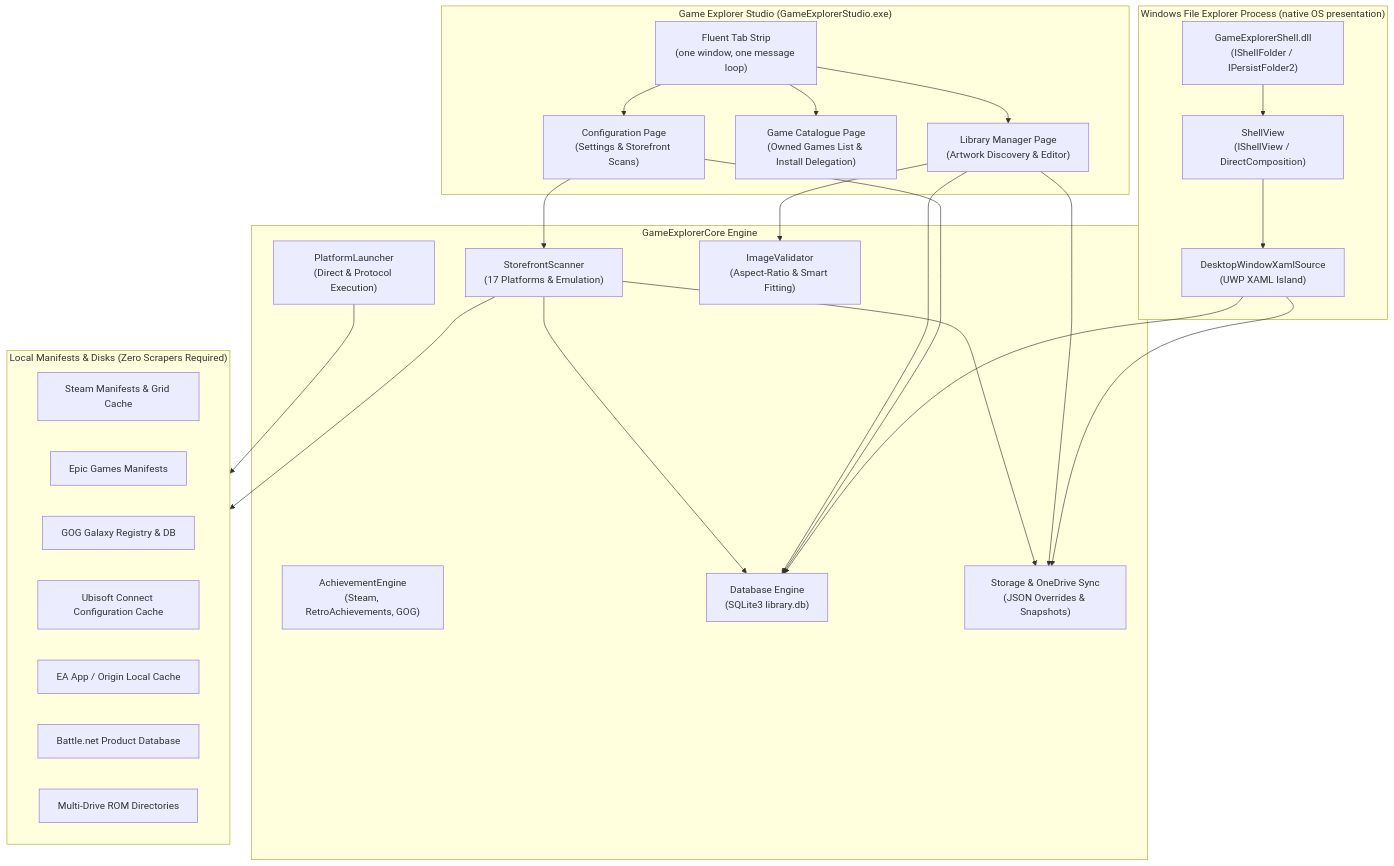
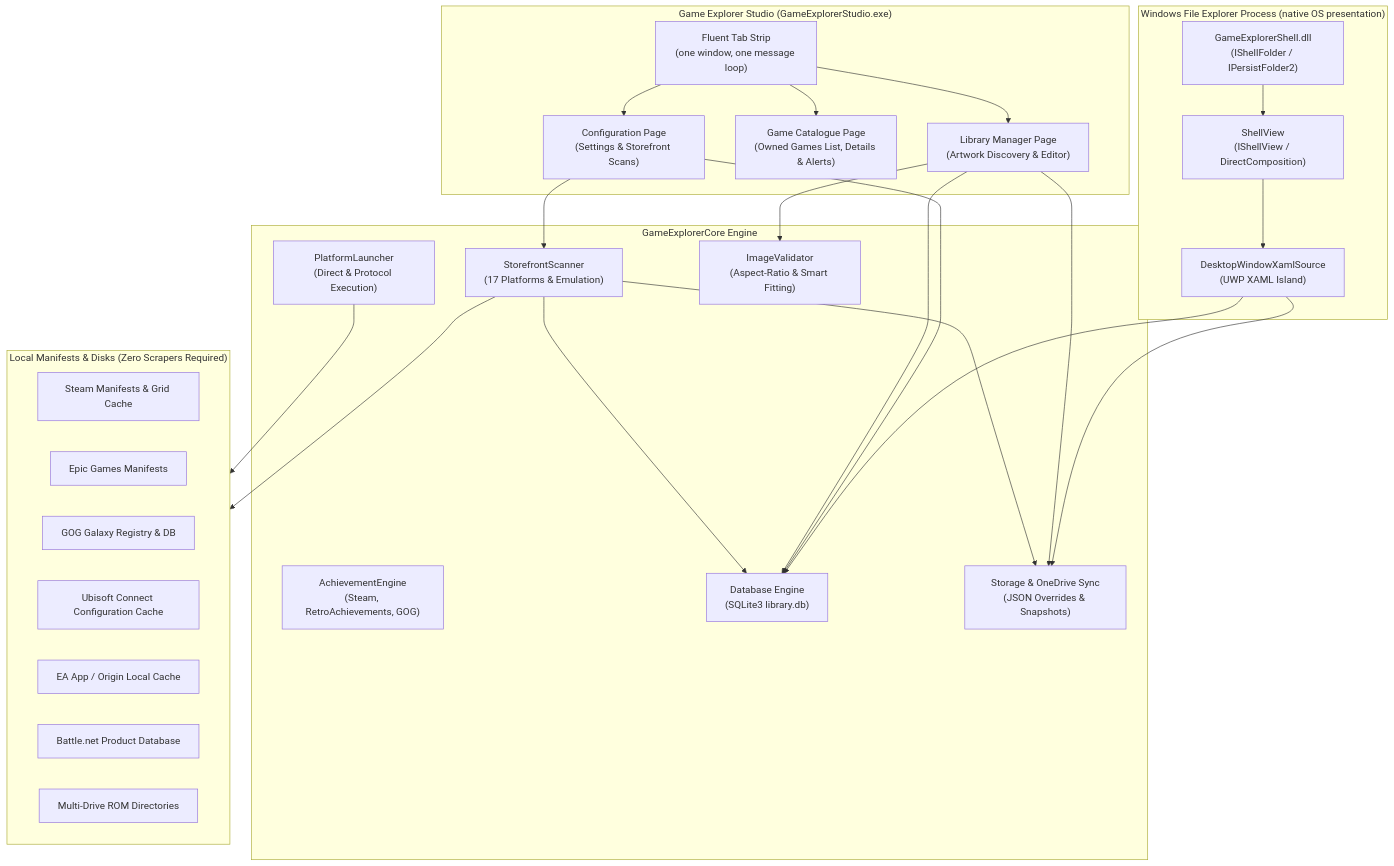
The diagram in docs/overview.md (HELIX-Origin/windows-game-explorer), drawn with Mermaid before and after one commit. The commit also changed other lines of this file and 61 other files, not shown here.

First line of the commit message:
release(windows-game-explorer): v2.7.0 — in-view flyout, details pane, update checker & scroll fixes

````diff
--- a/docs/overview.md
+++ b/docs/overview.md
@@ -21,52 +21,52 @@
 ```mermaid
 flowchart TD
     subgraph ExplorerHost["Windows File Explorer Process (native OS presentation)"]
         ShellFolder["GameExplorerShell.dll<br/>(IShellFolder / IPersistFolder2)"]
         ShellView["ShellView<br/>(IShellView / DirectComposition)"]
         XamlIsland["DesktopWindowXamlSource<br/>(UWP XAML Island)"]
         ShellFolder --> ShellView
         ShellView --> XamlIsland
     end
 
     subgraph CompanionApps["Game Explorer Studio (GameExplorerStudio.exe)"]
         TabStrip["Fluent Tab Strip<br/>(one window, one message loop)"]
         ManagerApp["Library Manager Page<br/>(Artwork Discovery & Editor)"]
-        CatalogueApp["Game Catalogue Page<br/>(Owned Games List & Install Delegation)"]
+        CatalogueApp["Game Catalogue Page<br/>(Owned Games List, Details & Alerts)"]
         ConfigApp["Configuration Page<br/>(Settings & Storefront Scans)"]
         TabStrip --> ManagerApp
         TabStrip --> CatalogueApp
         TabStrip --> ConfigApp
     end
 
     subgraph CoreEngine["GameExplorerCore Engine"]
         Scanner["StorefrontScanner<br/>(17 Platforms & Emulation)"]
         AchieveEngine["AchievementEngine<br/>(Steam, RetroAchievements, GOG)"]
         Launcher["PlatformLauncher<br/>(Direct & Protocol Execution)"]
         Validator["ImageValidator<br/>(Aspect-Ratio & Smart Fitting)"]
         DB["Database Engine<br/>(SQLite3 library.db)"]
         StorageEngine["Storage & OneDrive Sync<br/>(JSON Overrides & Snapshots)"]
     end
 
     subgraph LocalStores["Local Manifests & Disks (Zero Scrapers Required)"]
         SteamStore["Steam Manifests & Grid Cache"]
         EpicStore["Epic Games Manifests"]
         GOGStore["GOG Galaxy Registry & DB"]
         UbiStore["Ubisoft Connect Configuration Cache"]
         EAStore["EA App / Origin Local Cache"]
         BNetStore["Battle.net Product Database"]
         ROMStore["Multi-Drive ROM Directories"]
     end
 
     XamlIsland --> DB
     XamlIsland --> StorageEngine
     ConfigApp --> Scanner
     ConfigApp --> DB
     ManagerApp --> DB
     ManagerApp --> Validator
     ManagerApp --> StorageEngine
 
     Scanner --> LocalStores
     Scanner --> DB
     Scanner --> StorageEngine
     Launcher --> LocalStores
 ```
````
